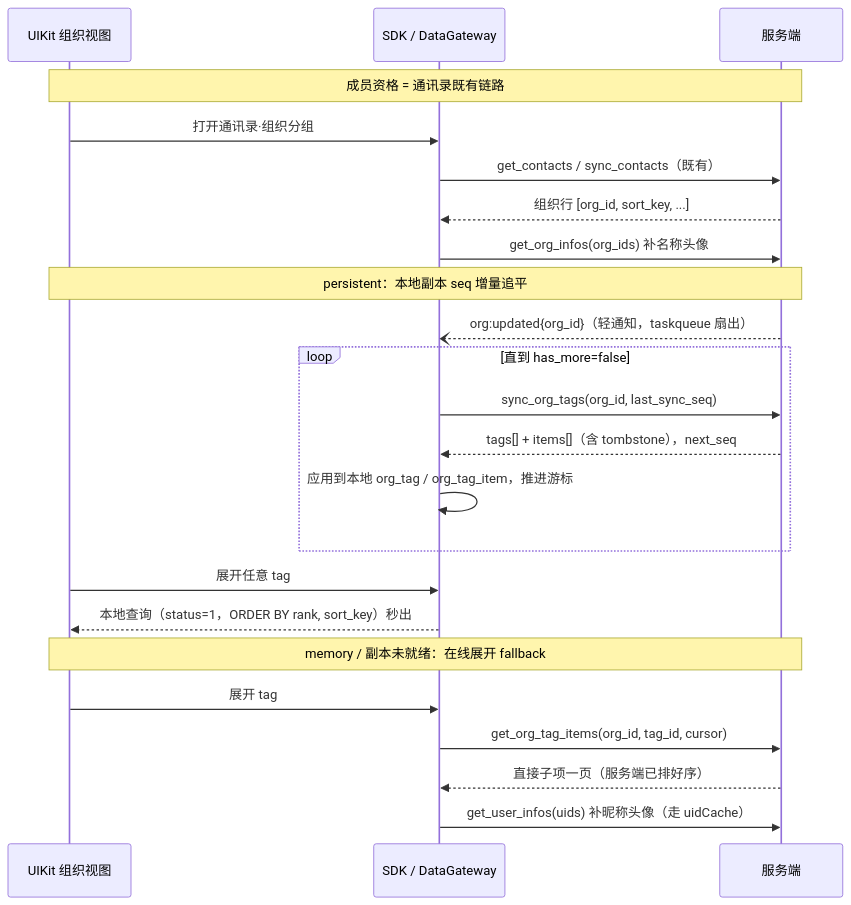
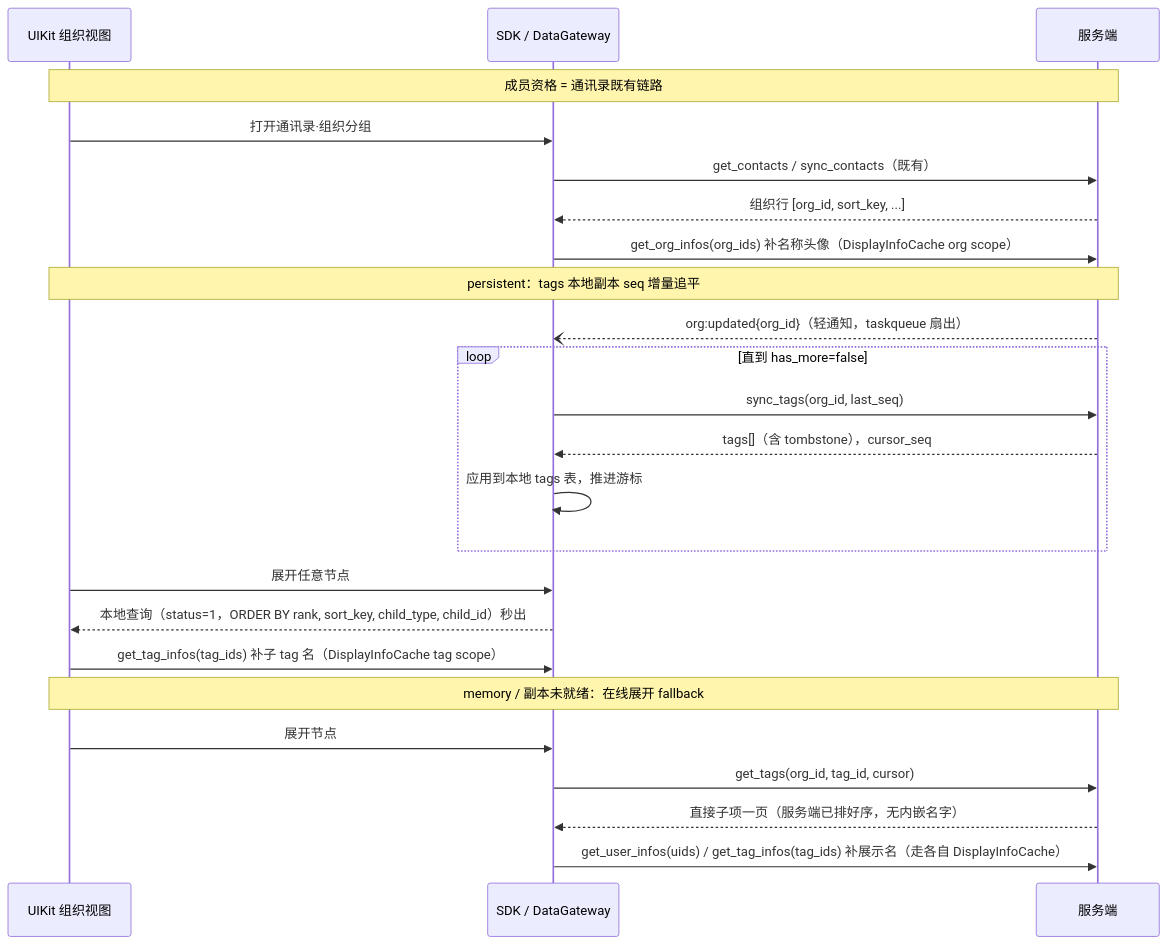
The second of 2 diagrams in docs/server/组织架构方案.md (dacez/yimsg), drawn with Mermaid before and after one commit. The commit also changed other lines of this file and 46 other files, not shown here.

First line of the commit message:
重构组织架构 schema：拆分 org_info/tag_info 字典表与 tags 关系表

````diff
--- a/docs/server/组织架构方案.md
+++ b/docs/server/组织架构方案.md
@@ -364,25 +400,26 @@
 ```mermaid
 sequenceDiagram
     participant UI as UIKit 组织视图
     participant DG as SDK / DataGateway
     participant S as 服务端
     Note over UI,S: 成员资格 = 通讯录既有链路
     UI->>DG: 打开通讯录·组织分组
     DG->>S: get_contacts / sync_contacts（既有）
     S-->>DG: 组织行 [org_id, sort_key, ...]
-    DG->>S: get_org_infos(org_ids) 补名称头像
-    Note over UI,S: persistent：本地副本 seq 增量追平
+    DG->>S: get_org_infos(org_ids) 补名称头像（DisplayInfoCache org scope）
+    Note over UI,S: persistent：tags 本地副本 seq 增量追平
     S--)DG: org:updated{org_id}（轻通知，taskqueue 扇出）
     loop 直到 has_more=false
-        DG->>S: sync_org_tags(org_id, last_sync_seq)
-        S-->>DG: tags[] + items[]（含 tombstone），next_seq
-        DG->>DG: 应用到本地 org_tag / org_tag_item，推进游标
+        DG->>S: sync_tags(org_id, last_seq)
+        S-->>DG: tags[]（含 tombstone），cursor_seq
+        DG->>DG: 应用到本地 tags 表，推进游标
     end
-    UI->>DG: 展开任意 tag
-    DG-->>UI: 本地查询（status=1，ORDER BY rank, sort_key）秒出
+    UI->>DG: 展开任意节点
+    DG-->>UI: 本地查询（status=1，ORDER BY rank, sort_key, child_type, child_id）秒出
+    UI->>DG: get_tag_infos(tag_ids) 补子 tag 名（DisplayInfoCache tag scope）
     Note over UI,S: memory / 副本未就绪：在线展开 fallback
-    UI->>DG: 展开 tag
-    DG->>S: get_org_tag_items(org_id, tag_id, cursor)
-    S-->>DG: 直接子项一页（服务端已排好序）
-    DG->>S: get_user_infos(uids) 补昵称头像（走 uidCache）
+    UI->>DG: 展开节点
+    DG->>S: get_tags(org_id, tag_id, cursor)
+    S-->>DG: 直接子项一页（服务端已排好序，无内嵌名字）
+    DG->>S: get_user_infos(uids) / get_tag_infos(tag_ids) 补展示名（走各自 DisplayInfoCache）
 ```
````
